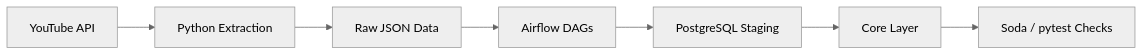
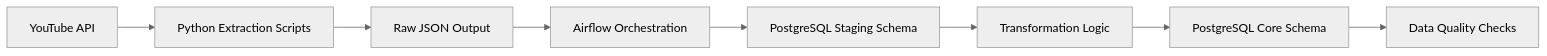
The diagram in README.md (papyt123/yt_elt), drawn with Mermaid (neutral theme) before and after one commit.

Commit message:
Updated with mermaid README.md

````diff
--- a/README.md
+++ b/README.md
@@ -5,9 +5,10 @@
 ```mermaid
 flowchart LR
-    A[YouTube API] --> B[Python Extraction]
-    B --> C[Raw JSON Data]
-    C --> D[Airflow DAGs]
-    D --> E[PostgreSQL Staging]
-    E --> F[Core Layer]
-    F --> G[Soda / pytest Checks]
+    A[YouTube API] --> B[Python Extraction Scripts]
+    B --> C[Raw JSON Output]
+    C --> D[Airflow Orchestration]
+    D --> E[PostgreSQL Staging Schema]
+    E --> F[Transformation Logic]
+    F --> G[PostgreSQL Core Schema]
+    G --> H[Data Quality Checks]
 ```
````
